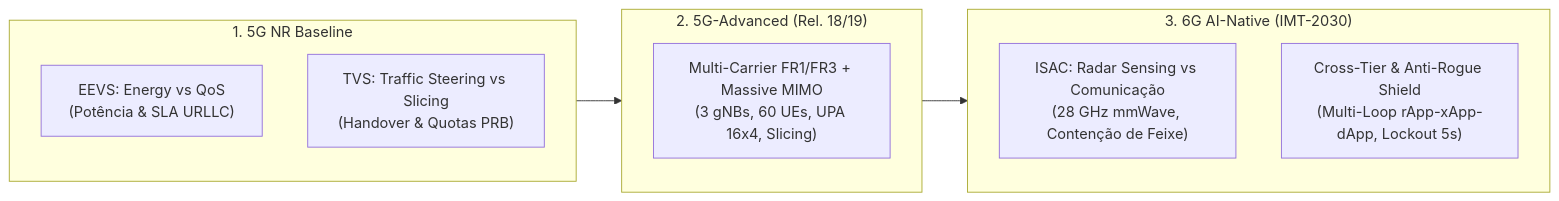
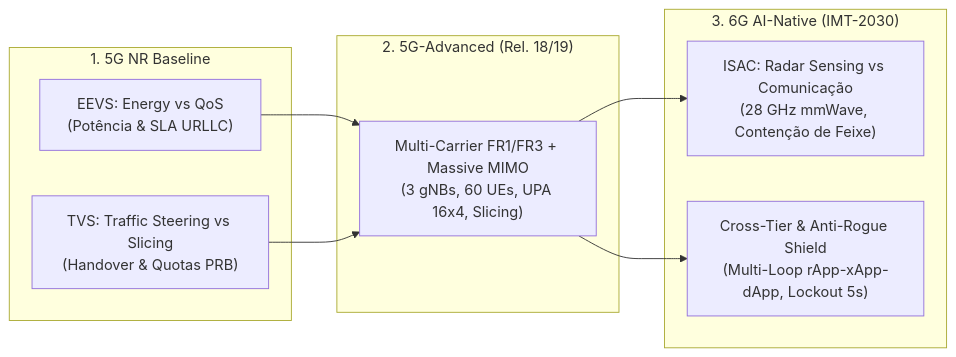
The diagram in docs/11_cenarios_de_teste_5g_5ga_6g_e_requisitos.md (georgebarbosa3090/XApp-RDL-F2), drawn with Mermaid before and after one commit. The commit also changed 15 other files, not shown here.

Commit message:
fix(docs): fix mermaid diagrams syntax and fix fallback MAPPO/Helm rollout timeout

````diff
--- a/docs/11_cenarios_de_teste_5g_5ga_6g_e_requisitos.md
+++ b/docs/11_cenarios_de_teste_5g_5ga_6g_e_requisitos.md
@@ -11,19 +11,21 @@
 ```mermaid
-graph LR
+flowchart LR
     subgraph S5G["1. 5G NR Baseline"]
         C1["EEVS: Energy vs QoS<br/>(Potência & SLA URLLC)"]
         C2["TVS: Traffic Steering vs Slicing<br/>(Handover & Quotas PRB)"]
     end
 
     subgraph S5GA["2. 5G-Advanced (Rel. 18/19)"]
         C3["Multi-Carrier FR1/FR3 + Massive MIMO<br/>(3 gNBs, 60 UEs, UPA 16x4, Slicing)"]
     end
 
     subgraph S6G["3. 6G AI-Native (IMT-2030)"]
         C4["ISAC: Radar Sensing vs Comunicação<br/>(28 GHz mmWave, Contenção de Feixe)"]
         C5["Cross-Tier & Anti-Rogue Shield<br/>(Multi-Loop rApp-xApp-dApp, Lockout 5s)"]
     end
 
-    S5G --> S5GA
-    S5GA --> S6G
+    C1 --> C3
+    C2 --> C3
+    C3 --> C4
+    C3 --> C5
 ```
````
